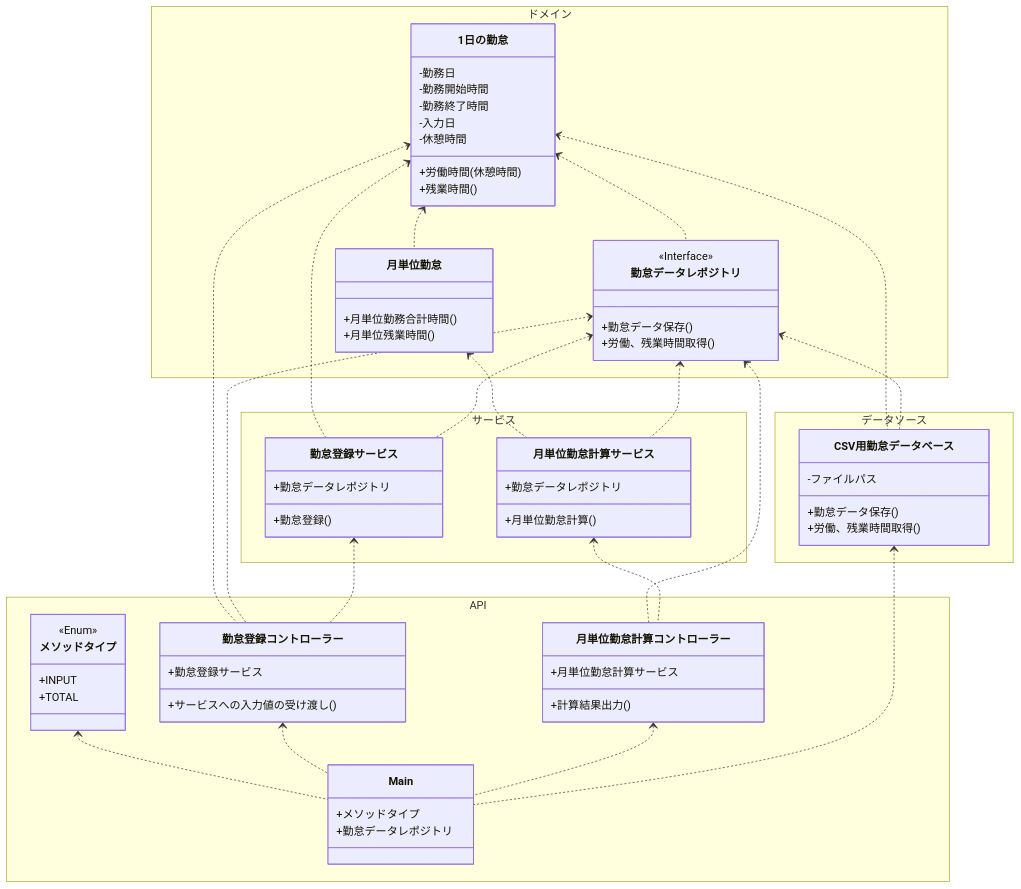
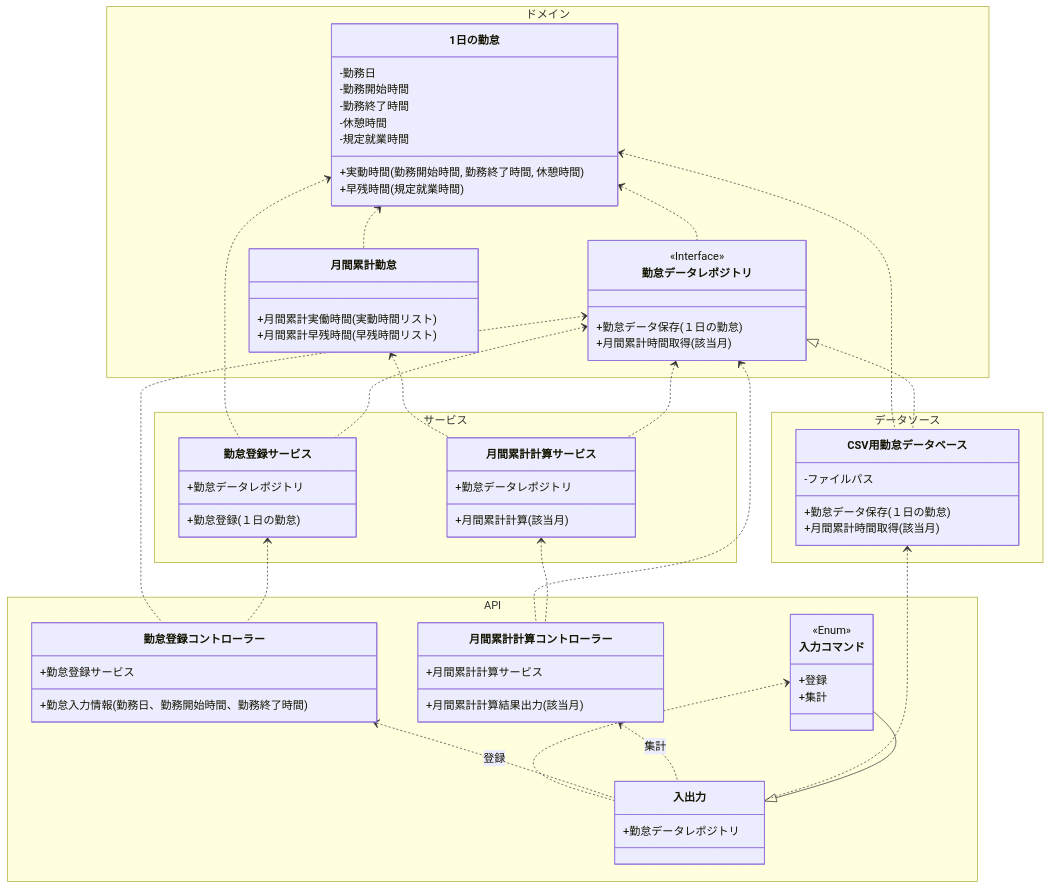
Before and after one commit to biglobe-isp/kintai: the diagram in model_Japanese.md, drawn with Mermaid. The commit also changed 11 other files, not shown here.

````diff
--- a/model_Japanese.md
+++ b/model_Japanese.md
@@ -1,78 +1,77 @@
 ```mermaid
 classDiagram 　
     namespace ドメイン {
     　　class 1日の勤怠{
           -勤務日
           -勤務開始時間
           -勤務終了時間
-          -入力日
           -休憩時間
-          +労働時間(休憩時間)
-          +残業時間()
+          -規定就業時間
+          +実動時間(勤務開始時間, 勤務終了時間, 休憩時間)
+          +早残時間(規定就業時間)
       }
-       class 月単位勤怠{
-           +月単位勤務合計時間()
-           +月単位残業時間()
+       class 月間累計勤怠{
+           +月間累計実働時間(実動時間リスト)
+           +月間累計早残時間(早残時間リスト)
        }
        class 勤怠データレポジトリ{
            <<Interface>>
-           +勤怠データ保存()
-           +労働、残業時間取得()
+           +勤怠データ保存(１日の勤怠)
+           +月間累計時間取得(該当月)
        }
     }
     namespace サービス {
         class 勤怠登録サービス{
             +勤怠データレポジトリ
-            +勤怠登録()
+            +勤怠登録(１日の勤怠)
         }
-        class 月単位勤怠計算サービス{
+        class 月間累計計算サービス{
             +勤怠データレポジトリ
-            +月単位勤怠計算()
+            +月間累計計算(該当月)
         }
     }
     namespace データソース{ 
         class CSV用勤怠データベース{
             -ファイルパス
-            +勤怠データ保存()
-            +労働、残業時間取得()
+            +勤怠データ保存(１日の勤怠)
+            +月間累計時間取得(該当月)
         }
     }
     namespace API{
         class 勤怠登録コントローラー{
             +勤怠登録サービス
-            +サービスへの入力値の受け渡し()
+            +勤怠入力情報(勤務日、勤務開始時間、勤務終了時間)
         }
-        class 月単位勤怠計算コントローラー{
-            +月単位勤怠計算サービス
-            +計算結果出力()
+        class 月間累計計算コントローラー{
+            +月間累計計算サービス
+            +月間累計計算結果出力(該当月)
         }
-        class メソッドタイプ{
+        class 入力コマンド{
             <<Enum>>
-            +INPUT
-            +TOTAL
+            +登録
+            +集計
         }
-        class Main{
-            +メソッドタイプ
+        class 入出力{
             +勤怠データレポジトリ
         }
     }
     
-    1日の勤怠 <.. 月単位勤怠
+    1日の勤怠 <.. 月間累計勤怠
     1日の勤怠 <.. 勤怠データレポジトリ
     1日の勤怠 <.. 勤怠登録サービス
     勤怠データレポジトリ <.. 勤怠登録サービス
-    月単位勤怠 <.. 月単位勤怠計算サービス
-    勤怠データレポジトリ <.. 月単位勤怠計算サービス
+    月間累計勤怠 <.. 月間累計計算サービス
+    勤怠データレポジトリ <.. 月間累計計算サービス
     1日の勤怠 <.. CSV用勤怠データベース
-    勤怠データレポジトリ <.. CSV用勤怠データベース
-    1日の勤怠 <.. 勤怠登録コントローラー
+    勤怠データレポジトリ <|.. CSV用勤怠データベース
     勤怠データレポジトリ <.. 勤怠登録コントローラー
     勤怠登録サービス <.. 勤怠登録コントローラー
-    勤怠データレポジトリ <.. 月単位勤怠計算コントローラー
-    月単位勤怠計算サービス <.. 月単位勤怠計算コントローラー
-    メソッドタイプ <.. Main
-    勤怠登録コントローラー <.. Main
-    月単位勤怠計算コントローラー <.. Main
-    CSV用勤怠データベース <.. Main
+    勤怠データレポジトリ <.. 月間累計計算コントローラー
+    月間累計計算サービス <.. 月間累計計算コントローラー
+    入力コマンド <.. 入出力
+    勤怠登録コントローラー <.. 入出力: 登録
+    月間累計計算コントローラー <.. 入出力: 集計
+    CSV用勤怠データベース <.. 入出力
+    入力コマンド --|> 入出力
     
 ```
````
